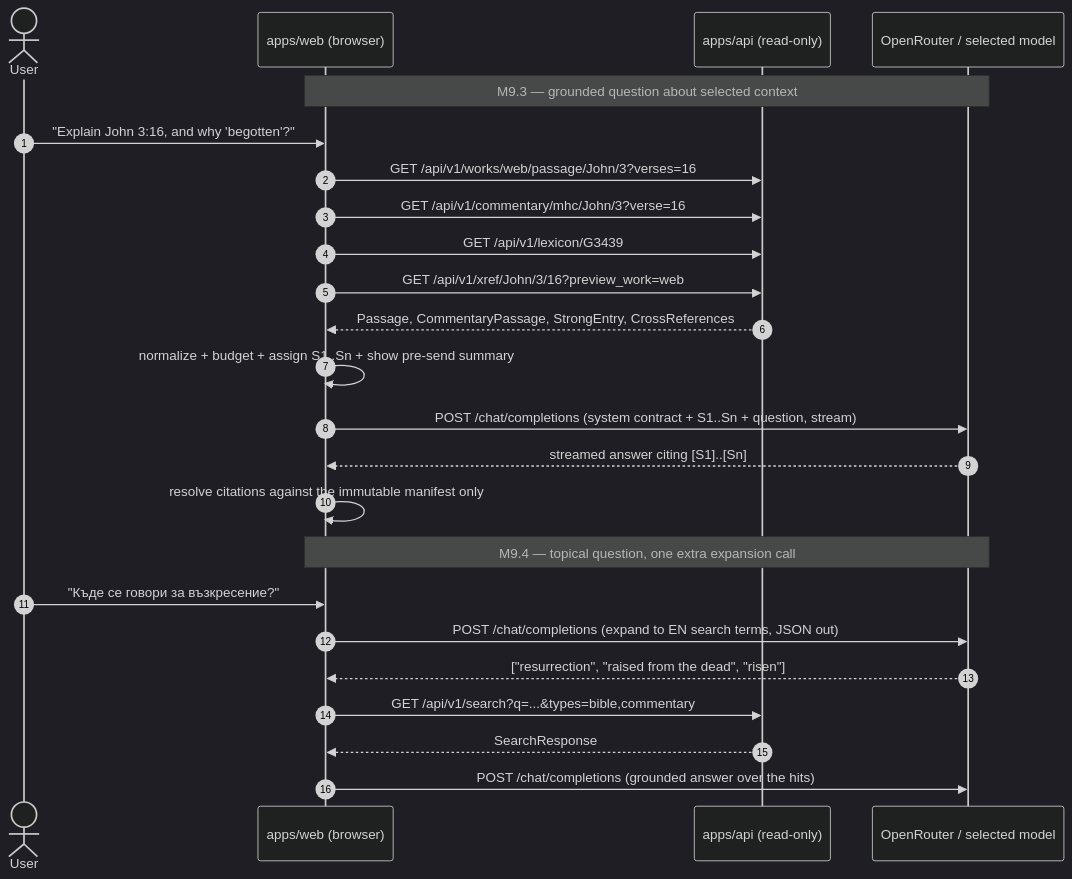
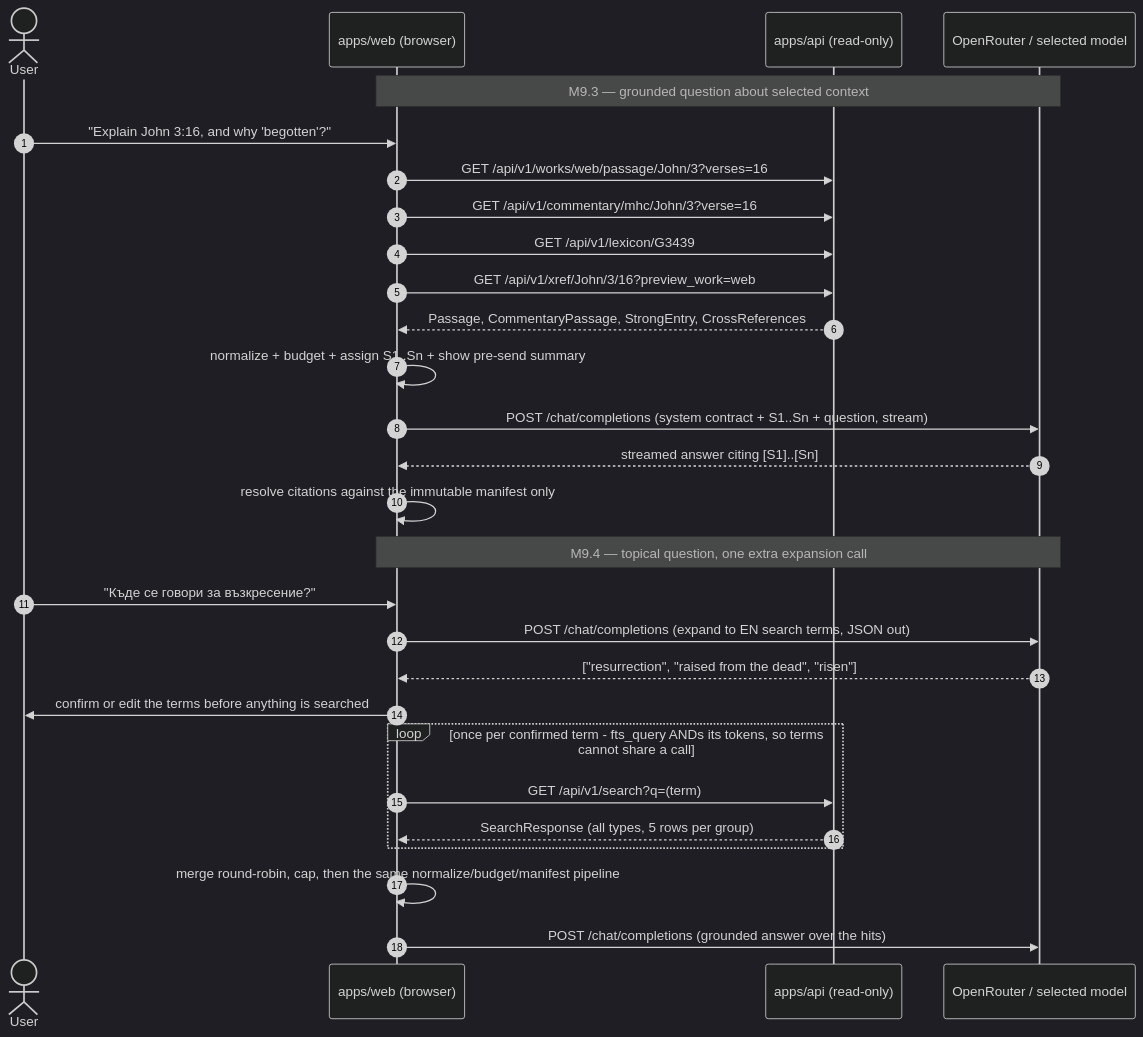
One commit to htrendafilov/DidacheDynamis changed the diagram in plan/interactive_chat_plan.md. Above: the diagram before and after it, drawn with Mermaid (dark theme). The commit also changed other lines of this file and 1 other file, not shown here.

````diff
--- a/plan/interactive_chat_plan.md
+++ b/plan/interactive_chat_plan.md
@@ -98,28 +98,32 @@
 ```mermaid
 sequenceDiagram
     autonumber
     actor User
     participant Web as apps/web (browser)
     participant API as apps/api (read-only)
     participant LLM as OpenRouter / selected model
 
     Note over Web,LLM: M9.3 — grounded question about selected context
     User->>Web: "Explain John 3:16, and why 'begotten'?"
     Web->>API: GET /api/v1/works/web/passage/John/3?verses=16
     Web->>API: GET /api/v1/commentary/mhc/John/3?verse=16
     Web->>API: GET /api/v1/lexicon/G3439
     Web->>API: GET /api/v1/xref/John/3/16?preview_work=web
     API-->>Web: Passage, CommentaryPassage, StrongEntry, CrossReferences
     Web->>Web: normalize + budget + assign S1..Sn + show pre-send summary
     Web->>LLM: POST /chat/completions (system contract + S1..Sn + question, stream)
     LLM-->>Web: streamed answer citing [S1]..[Sn]
     Web->>Web: resolve citations against the immutable manifest only
 
     Note over Web,LLM: M9.4 — topical question, one extra expansion call
     User->>Web: "Къде се говори за възкресение?"
     Web->>LLM: POST /chat/completions (expand to EN search terms, JSON out)
     LLM-->>Web: ["resurrection", "raised from the dead", "risen"]
-    Web->>API: GET /api/v1/search?q=...&types=bible,commentary
-    API-->>Web: SearchResponse
+    Web->>User: confirm or edit the terms before anything is searched
+    loop once per confirmed term - fts_query ANDs its tokens, so terms cannot share a call
+        Web->>API: GET /api/v1/search?q=(term)
+        API-->>Web: SearchResponse (all types, 5 rows per group)
+    end
+    Web->>Web: merge round-robin, cap, then the same normalize/budget/manifest pipeline
     Web->>LLM: POST /chat/completions (grounded answer over the hits)
 ```
````
